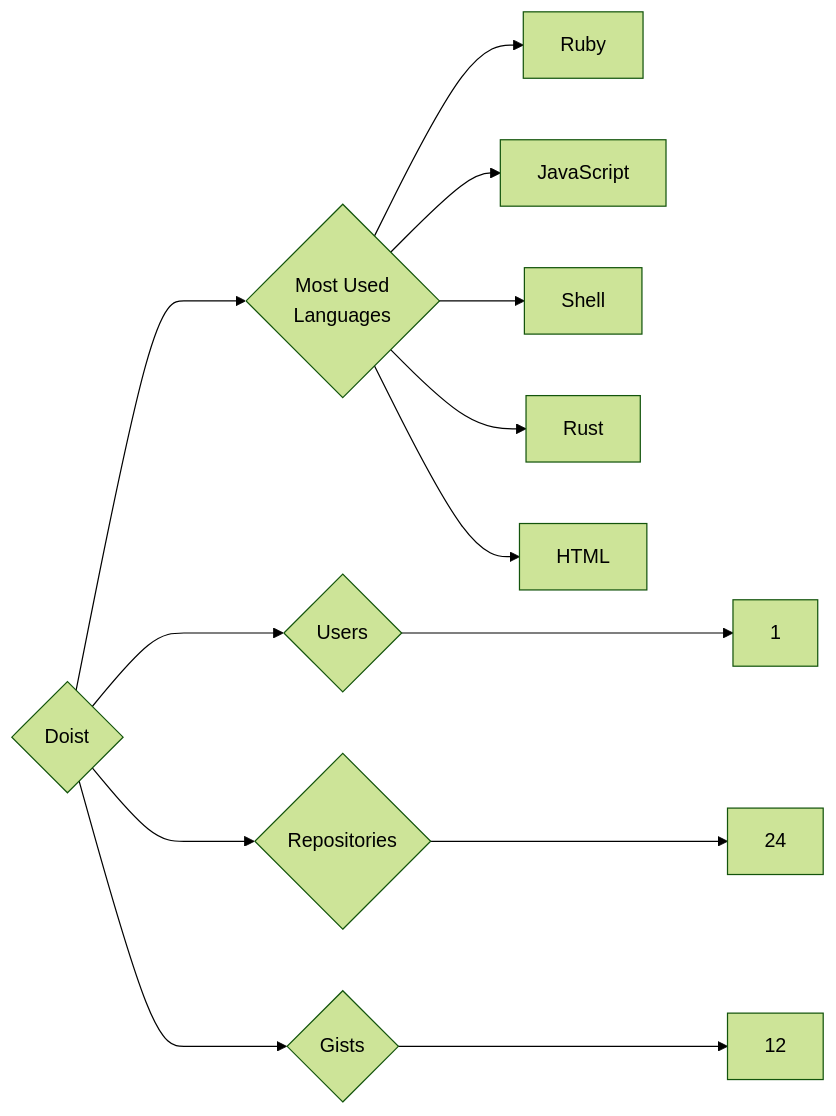
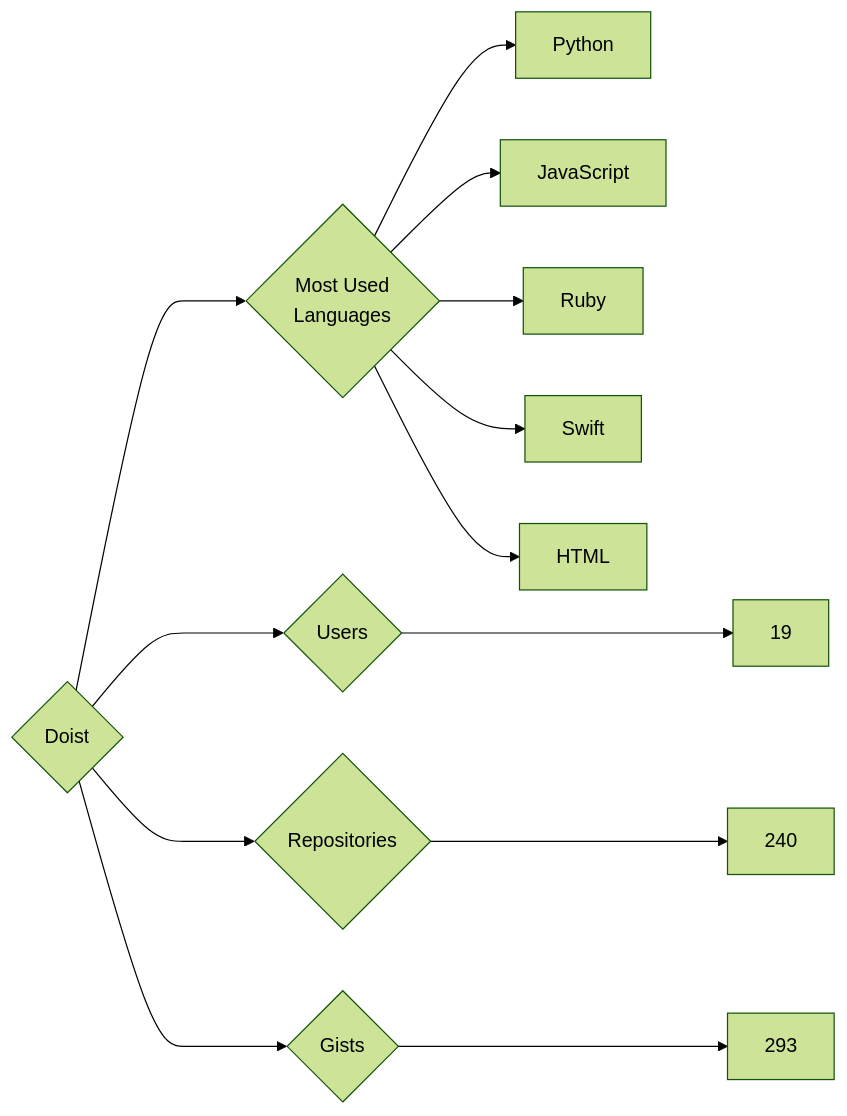
Before and after one commit to trickest/insiders: the diagram in targets/Doist/README.md, drawn with Mermaid (forest theme). The commit also changed 718 other files, not shown here.

````diff
--- a/targets/Doist/README.md
+++ b/targets/Doist/README.md
@@ -3,13 +3,13 @@
 ```mermaid
 graph LR
 COMPANY_NAME{Doist}
-COMPANY_NAME ---> U{Users} ---> UN[1]
-COMPANY_NAME ---> R{Repositories} ---> RN[24]
-COMPANY_NAME ---> G{Gists} ---> GN[12]
+COMPANY_NAME ---> U{Users} ---> UN[19]
+COMPANY_NAME ---> R{Repositories} ---> RN[240]
+COMPANY_NAME ---> G{Gists} ---> GN[293]
 COMPANY_NAME ---> ML{Most Used<br>Languages}
+ML --> Python[Python]
+ML --> JavaScript[JavaScript]
 ML --> Ruby[Ruby]
-ML --> JavaScript[JavaScript]
-ML --> Shell[Shell]
-ML --> Rust[Rust]
+ML --> Swift[Swift]
 ML --> HTML[HTML]
 ```
````
